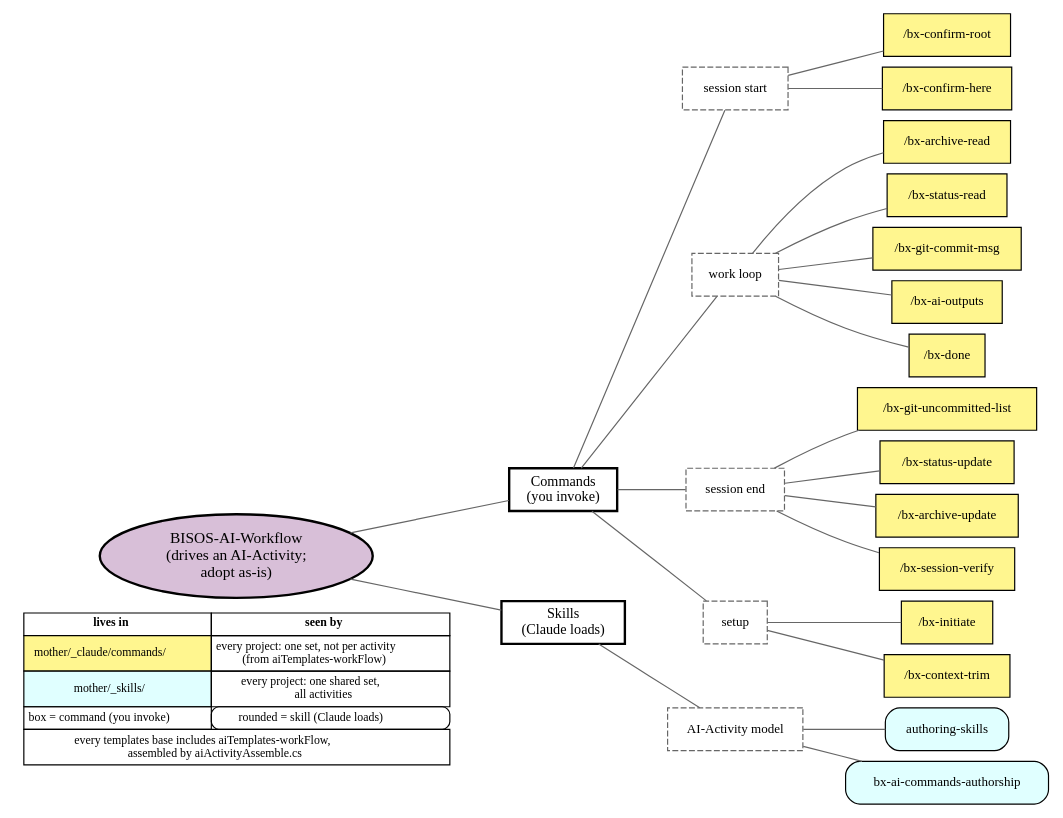
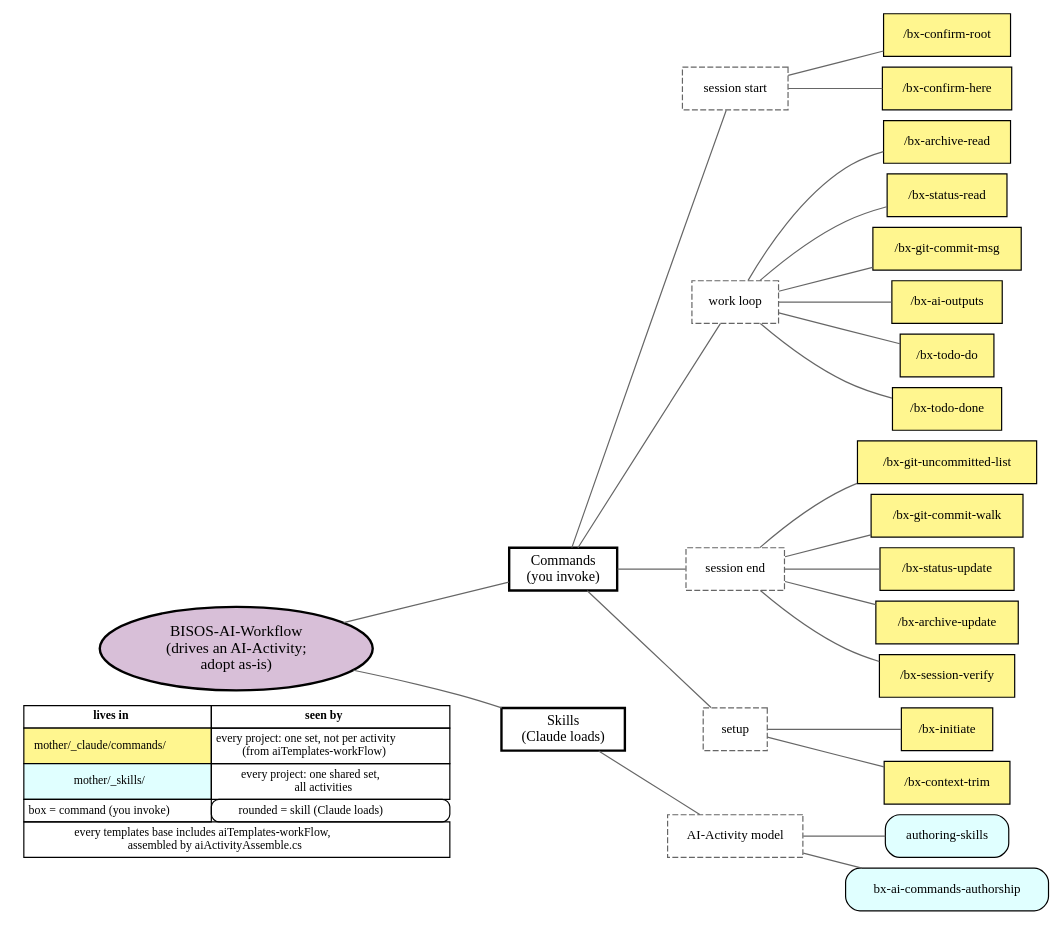
Before and after one commit to bisos-pip/aiActivity: the diagram in py3/images/aiGeneralTree.gv, drawn with Graphviz. The commit also changed 63 other files, not shown here.

```diff
--- a/py3/images/aiGeneralTree.gv
+++ b/py3/images/aiGeneralTree.gv
@@ -1,59 +1,63 @@
 digraph {
 	nodesep=0.12 rankdir=LR ranksep=0.5
 	node [fontsize=11]
 	root [label="BISOS-AI-Workflow
 (drives an AI-Activity;
 adopt as-is)" fillcolor=thistle fontsize=13 shape=ellipse style="filled,bold"]
 	commands [label="Commands
 (you invoke)" fontsize=12 shape=box style=bold]
 	skills [label="Skills
 (Claude loads)" fontsize=12 shape=box style=bold]
 	root -> commands [arrowhead=none color=gray40]
 	root -> skills [arrowhead=none color=gray40]
 	cmdStart [label="session start" color=gray40 fontsize=11 shape=box style=dashed]
 	commands -> cmdStart [arrowhead=none color=gray40]
 	"/bx-confirm-root" [label="/bx-confirm-root" fillcolor=khaki1 shape=box style=filled]
 	cmdStart -> "/bx-confirm-root" [arrowhead=none color=gray40]
 	"/bx-confirm-here" [label="/bx-confirm-here" fillcolor=khaki1 shape=box style=filled]
 	cmdStart -> "/bx-confirm-here" [arrowhead=none color=gray40]
 	cmdLoop [label="work loop" color=gray40 fontsize=11 shape=box style=dashed]
 	commands -> cmdLoop [arrowhead=none color=gray40]
 	"/bx-archive-read" [label="/bx-archive-read" fillcolor=khaki1 shape=box style=filled]
 	cmdLoop -> "/bx-archive-read" [arrowhead=none color=gray40]
 	"/bx-status-read" [label="/bx-status-read" fillcolor=khaki1 shape=box style=filled]
 	cmdLoop -> "/bx-status-read" [arrowhead=none color=gray40]
 	"/bx-git-commit-msg" [label="/bx-git-commit-msg" fillcolor=khaki1 shape=box style=filled]
 	cmdLoop -> "/bx-git-commit-msg" [arrowhead=none color=gray40]
 	"/bx-ai-outputs" [label="/bx-ai-outputs" fillcolor=khaki1 shape=box style=filled]
 	cmdLoop -> "/bx-ai-outputs" [arrowhead=none color=gray40]
-	"/bx-done" [label="/bx-done" fillcolor=khaki1 shape=box style=filled]
-	cmdLoop -> "/bx-done" [arrowhead=none color=gray40]
+	"/bx-todo-do" [label="/bx-todo-do" fillcolor=khaki1 shape=box style=filled]
+	cmdLoop -> "/bx-todo-do" [arrowhead=none color=gray40]
+	"/bx-todo-done" [label="/bx-todo-done" fillcolor=khaki1 shape=box style=filled]
+	cmdLoop -> "/bx-todo-done" [arrowhead=none color=gray40]
 	cmdEnd [label="session end" color=gray40 fontsize=11 shape=box style=dashed]
 	commands -> cmdEnd [arrowhead=none color=gray40]
 	"/bx-git-uncommitted-list" [label="/bx-git-uncommitted-list" fillcolor=khaki1 shape=box style=filled]
 	cmdEnd -> "/bx-git-uncommitted-list" [arrowhead=none color=gray40]
+	"/bx-git-commit-walk" [label="/bx-git-commit-walk" fillcolor=khaki1 shape=box style=filled]
+	cmdEnd -> "/bx-git-commit-walk" [arrowhead=none color=gray40]
 	"/bx-status-update" [label="/bx-status-update" fillcolor=khaki1 shape=box style=filled]
 	cmdEnd -> "/bx-status-update" [arrowhead=none color=gray40]
 	"/bx-archive-update" [label="/bx-archive-update" fillcolor=khaki1 shape=box style=filled]
 	cmdEnd -> "/bx-archive-update" [arrowhead=none color=gray40]
 	"/bx-session-verify" [label="/bx-session-verify" fillcolor=khaki1 shape=box style=filled]
 	cmdEnd -> "/bx-session-verify" [arrowhead=none color=gray40]
 	cmdSetup [label=setup color=gray40 fontsize=11 shape=box style=dashed]
 	commands -> cmdSetup [arrowhead=none color=gray40]
 	"/bx-initiate" [label="/bx-initiate" fillcolor=khaki1 shape=box style=filled]
 	cmdSetup -> "/bx-initiate" [arrowhead=none color=gray40]
 	"/bx-context-trim" [label="/bx-context-trim" fillcolor=khaki1 shape=box style=filled]
 	cmdSetup -> "/bx-context-trim" [arrowhead=none color=gray40]
 	skAiActivity [label="AI-Activity model" color=gray40 fontsize=11 shape=box style=dashed]
 	skills -> skAiActivity [arrowhead=none color=gray40]
 	"authoring-skills" [label="authoring-skills" fillcolor=lightcyan shape=box style="filled,rounded"]
 	skAiActivity -> "authoring-skills" [arrowhead=none color=gray40]
 	"bx-ai-commands-authorship" [label="bx-ai-commands-authorship" fillcolor=lightcyan shape=box style="filled,rounded"]
 	skAiActivity -> "bx-ai-commands-authorship" [arrowhead=none color=gray40]
 	{
 		rank=same
 		root
 		legend [label=<<TABLE BORDER="0" CELLBORDER="1" CELLSPACING="0" CELLPADDING="3"><TR><TD><B>lives in</B></TD><TD><B>seen by</B></TD></TR><TR><TD BGCOLOR="khaki1">mother/_claude/commands/</TD><TD>every project: one set, not per activity<BR/>(from aiTemplates-workFlow)</TD></TR><TR><TD BGCOLOR="lightcyan">mother/_skills/</TD><TD>every project: one shared set,<BR/>all activities</TD></TR><TR><TD>box = command (you invoke)</TD><TD STYLE="rounded">rounded = skill (Claude loads)</TD></TR><TR><TD COLSPAN="2">every templates base includes aiTemplates-workFlow,<BR/>assembled by aiActivityAssemble.cs</TD></TR></TABLE>> fontsize=10 shape=plaintext]
 	}
 	root -> legend [style=invis]
 }
```
